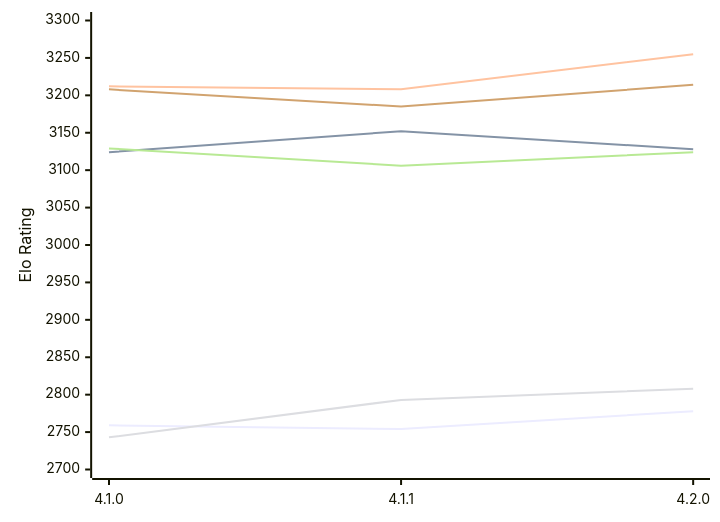
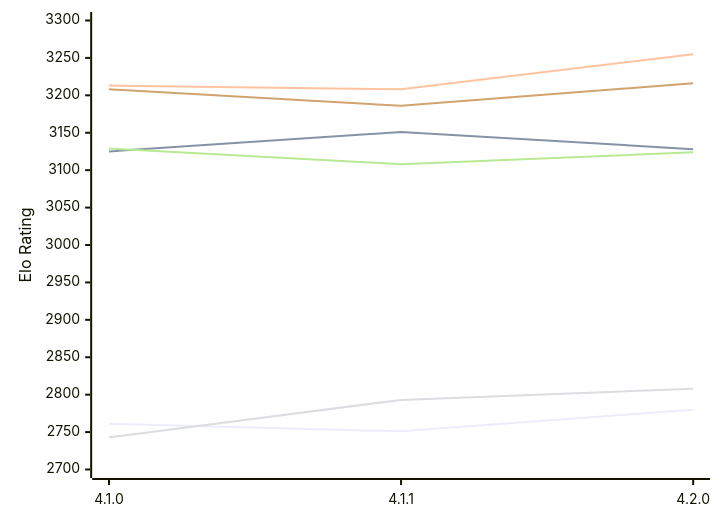
Before and after one commit to computer-chess-index/cci: the diagram in engines/LunaChessEngine.md, drawn with Mermaid. The commit also changed other lines of this file, not shown here.

Commit message:
Update CCI Ratings (ELO VLTC) - 2026-11-27

````diff
--- a/engines/LunaChessEngine.md
+++ b/engines/LunaChessEngine.md
@@ -51,12 +51,12 @@
 ```mermaid
 %%{init: {"theme":"base","themeVariables":{"seriesColors:['#a3a3a3','#222221','#faa371']}}}%%
 xychart-beta
   x-axis ["4.1.0", "4.1.1", "4.2.0"]
   y-axis "Elo Rating" 2700 --> 3300
-  line "E1: STC (8.0+0.08s)" [2759, 2754, 2778]
-  line "E1: LTC (60.0+0.60s)" [3124, 3152, 3128]
-  line "E1: VLTC (2m24s+1.12s)" [3212, 3208, 3255]
+  line "E1: STC (8.0+0.08s)" [2761, 2751, 2780]
+  line "E1: LTC (60.0+0.60s)" [3125, 3151, 3128]
+  line "E1: VLTC (2m24s+1.12s)" [3213, 3208, 3255]
   line "P1: STC (8.0+0.08s)" [2743, 2793, 2808]
-  line "P1: LTC (60.0+0.60s)" [3129, 3106, 3124]
-  line "P1: VLTC (2m24s+1.12s)" [3208, 3185, 3214]
+  line "P1: LTC (60.0+0.60s)" [3129, 3108, 3124]
+  line "P1: VLTC (2m24s+1.12s)" [3208, 3186, 3216]
 ```
````
